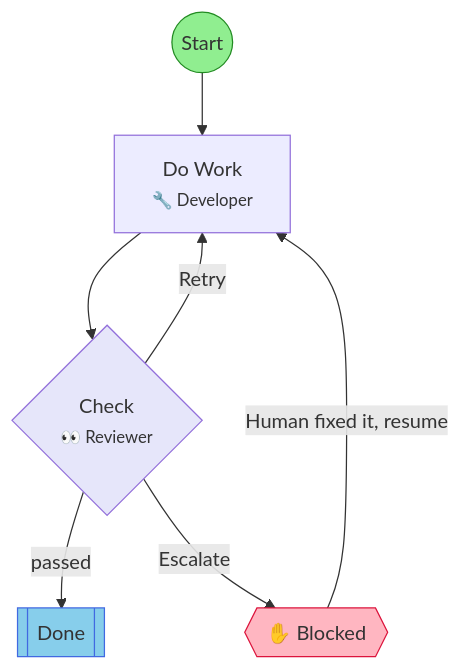
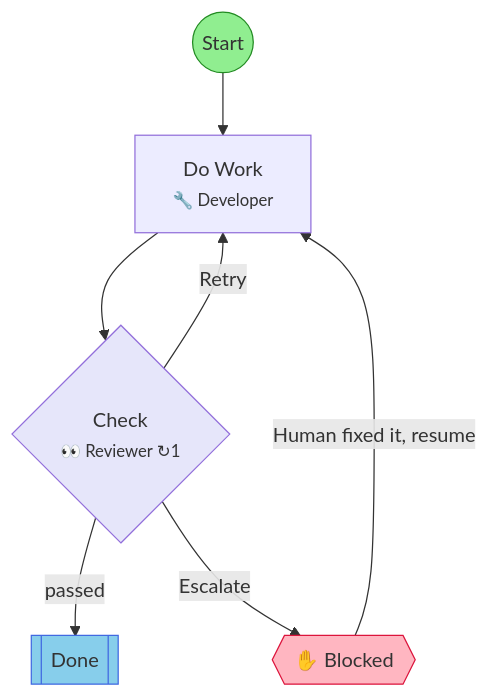
One commit to leclabs/agent-toolkit changed the diagram in .flow/diagrams/hitl-test.md. Above: the diagram before and after it, drawn with Mermaid. The commit also changed other lines of this file and 114 other files, not shown here.

````diff
--- a/.flow/diagrams/hitl-test.md
+++ b/.flow/diagrams/hitl-test.md
@@ -7,26 +7,26 @@
 ```mermaid
 flowchart TD
     start(("Start"))
     work["Do Work<br/><small>🔧 Developer</small>"]
-    check{"Check<br/><small>👀 Reviewer</small>"}
+    check{"Check<br/><small>👀 Reviewer ↻1</small>"}
     end_success[["Done"]]
     hitl_blocked{{"✋ Blocked"}}
 
     start --> work
     work --> check
     check -->|passed| end_success
     check -->|Retry| work
     check -->|Escalate| hitl_blocked
     hitl_blocked -->|Human fixed it, resume| work
 
     classDef startStep fill:#90EE90,stroke:#228B22
     classDef successStep fill:#87CEEB,stroke:#4169E1
     classDef hitlStep fill:#FFB6C1,stroke:#DC143C
     classDef gateStep fill:#E6E6FA,stroke:#9370DB
     classDef forkJoinStep fill:#FFEAA7,stroke:#FDCB6E
     classDef currentStep fill:#FFD700,stroke:#FF8C00,stroke-width:3px
     class start startStep
     class end_success successStep
     class hitl_blocked hitlStep
     class check gateStep
 ```
````
